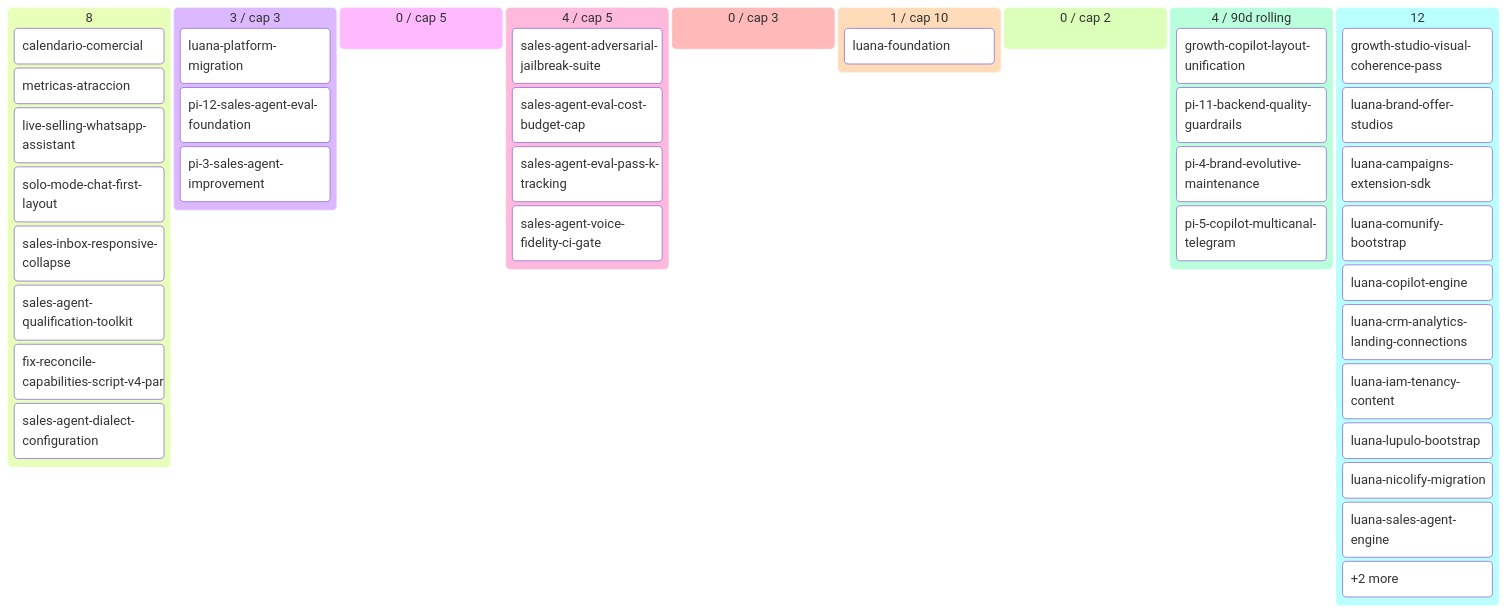
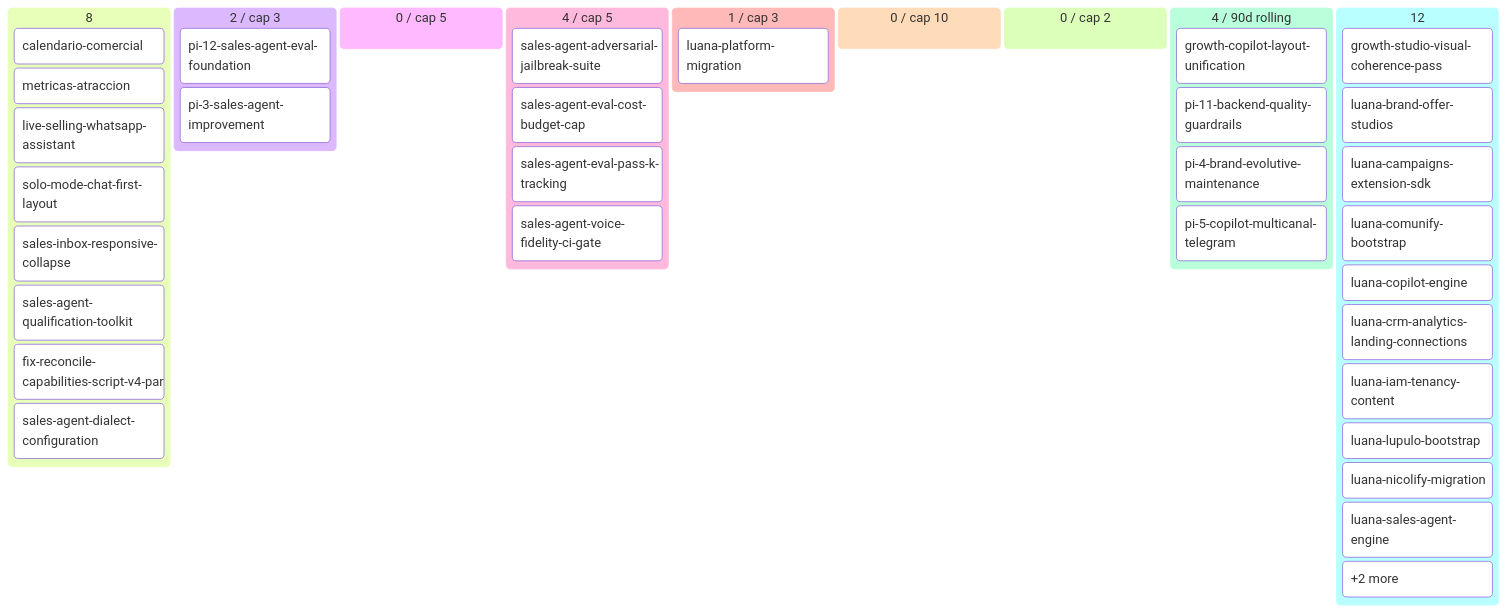
One commit to alpacapurpura/ap_sales_agent changed the diagram in docs/product/BACKLOG.md. Above: the diagram before and after it, drawn with Mermaid. The commit also changed other lines of this file and 22 other files, not shown here.

First line of the commit message:
feat(luana-platform): close Story 1 luana-foundation DONE + archive

````diff
--- a/docs/product/BACKLOG.md
+++ b/docs/product/BACKLOG.md
@@ -70,43 +69,42 @@
 ```mermaid
 kanban
   💡 Ideas (8)
     calendario-comercial[calendario-comercial]
     metricas-atraccion[metricas-atraccion]
     live-selling-whatsapp-assistan[live-selling-whatsapp-assistant]
     solo-mode-chat-first-layout[solo-mode-chat-first-layout]
     sales-inbox-responsive-collaps[sales-inbox-responsive-collapse]
     sales-agent-qualification-tool[sales-agent-qualification-toolkit]
     fix-reconcile-capabilities-scr[fix-reconcile-capabilities-script-v4-par]
     sales-agent-dialect-configurat[sales-agent-dialect-configuration]
-  🔬 Refining (3 / cap 3)
-    luana-platform-migration[luana-platform-migration]
+  🔬 Refining (2 / cap 3)
     pi-12-sales-agent-eval-foundat[pi-12-sales-agent-eval-foundation]
     pi-3-sales-agent-improvement[pi-3-sales-agent-improvement]
   ✅ Refined (0 / cap 5)
   📦 Ready (4 / cap 5)
     sales-agent-adversarial-jailbr[sales-agent-adversarial-jailbreak-suite]
     sales-agent-eval-cost-budget-c[sales-agent-eval-cost-budget-cap]
     sales-agent-eval-pass-k-tracki[sales-agent-eval-pass-k-tracking]
     sales-agent-voice-fidelity-ci-[sales-agent-voice-fidelity-ci-gate]
-  🔨 Developing (0 / cap 3)
-  🧪 Developed (1 / cap 10)
-    luana-foundation[luana-foundation]
+  🔨 Developing (1 / cap 3)
+    luana-platform-migration[luana-platform-migration]
+  🧪 Developed (0 / cap 10)
   🔍 Reviewing (0 / cap 2)
   ✅ Done (4 / 90d rolling)
     growth-copilot-layout-unificat[growth-copilot-layout-unification]
     pi-11-backend-quality-guardrai[pi-11-backend-quality-guardrails]
     pi-4-brand-evolutive-maintenan[pi-4-brand-evolutive-maintenance]
     pi-5-copilot-multicanal-telegr[pi-5-copilot-multicanal-telegram]
   🅿 Parked (12)
     growth-studio-visual-coherence[growth-studio-visual-coherence-pass]
     luana-brand-offer-studios[luana-brand-offer-studios]
     luana-campaigns-extension-sdk[luana-campaigns-extension-sdk]
     luana-comunify-bootstrap[luana-comunify-bootstrap]
     luana-copilot-engine[luana-copilot-engine]
     luana-crm-analytics-landing-co[luana-crm-analytics-landing-connections]
     luana-iam-tenancy-content[luana-iam-tenancy-content]
     luana-lupulo-bootstrap[luana-lupulo-bootstrap]
     luana-nicolify-migration[luana-nicolify-migration]
     luana-sales-agent-engine[luana-sales-agent-engine]
     overflow-🅿 Parked[+2 more]
 ```
````
